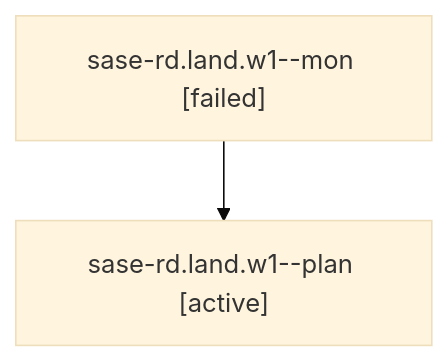
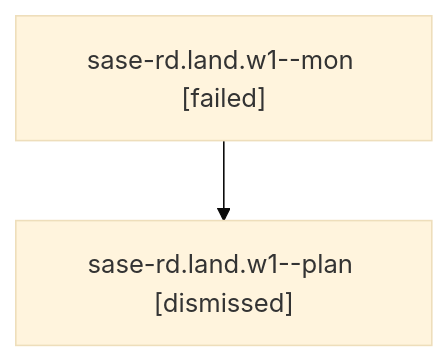
The diagram in sessions/bbugyi200.athena.sase-rd.land.w1.md (sase-org/sase--agents), drawn with Mermaid (base theme) before and after one commit. The commit also changed other lines of this file and 159 other files, not shown here.

````diff
--- a/sessions/bbugyi200.athena.sase-rd.land.w1.md
+++ b/sessions/bbugyi200.athena.sase-rd.land.w1.md
@@ -9,6 +9,6 @@
 ```mermaid
 flowchart TD
   n0["sase-rd.land.w1--mon [failed]"]
-  n1["sase-rd.land.w1--plan [active]"]
+  n1["sase-rd.land.w1--plan [dismissed]"]
   n0 --> n1
 ```
````
